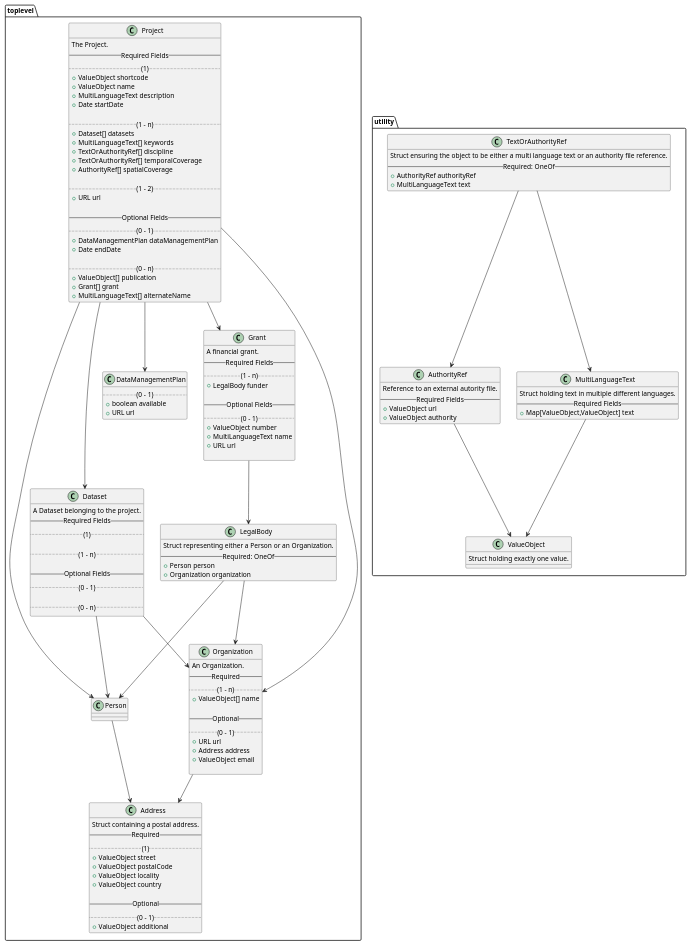
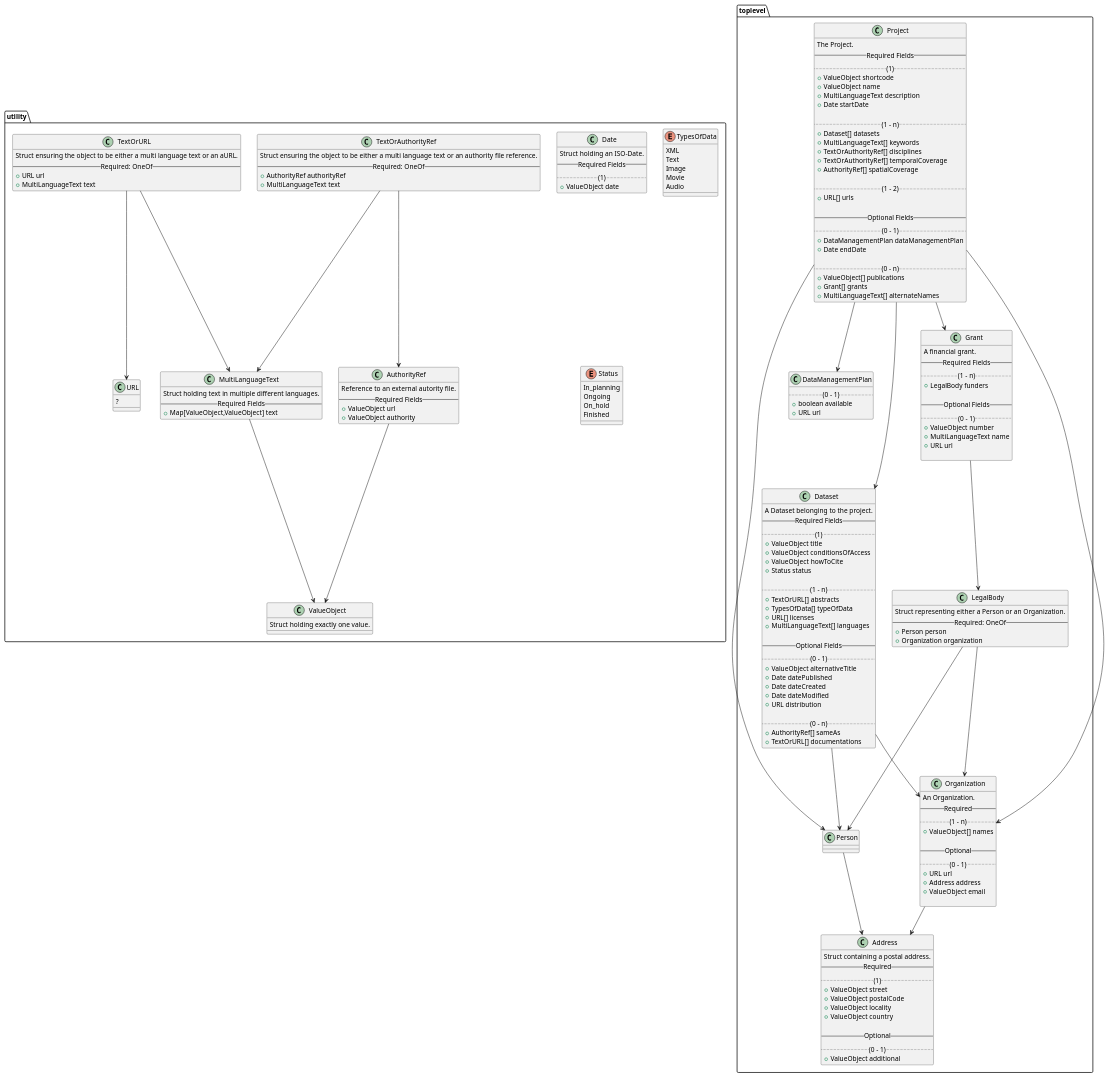
One commit to dasch-swiss/dasch-service-platform changed the diagram in docs/services/metadata/domain-entities.puml. Above: the diagram before and after it, drawn with PlantUML. The commit also changed 2 other files, not shown here.

Commit message:
doc(metadata): domain entities for type dataset

```diff
--- a/docs/services/metadata/domain-entities.puml
+++ b/docs/services/metadata/domain-entities.puml
@@ -13,12 +13,12 @@
     .. (1 - n) ..
     +Dataset[] datasets
     +MultiLanguageText[] keywords
-    +TextOrAuthorityRef[] discipline
+    +TextOrAuthorityRef[] disciplines
     +TextOrAuthorityRef[] temporalCoverage
     +AuthorityRef[] spatialCoverage
 
     .. (1 - 2) ..
-    +URL url
+    +URL[] urls
     ' TODO: do we want URL?
 
     -- Optional Fields --
@@ -27,9 +27,9 @@
     +Date endDate
 
     .. (0 - n) ..
-    +ValueObject[] publication
-    +Grant[] grant
-    +MultiLanguageText[] alternateName
+    +ValueObject[] publications
+    +Grant[] grants
+    +MultiLanguageText[] alternateNames
   }
 
   class Dataset {
@@ -37,13 +37,29 @@
     ' TODO
     -- Required Fields --
     .. (1) ..
+    +ValueObject title
+    +ValueObject conditionsOfAccess
+    +ValueObject howToCite
+    +Status status
 
     .. (1 - n) ..
+    +TextOrURL[] abstracts
+    +TypesOfData[] typeOfData
+    +URL[] licenses
+    +MultiLanguageText[] languages
 
     -- Optional Fields --
     .. (0 - 1) ..
+    +ValueObject alternativeTitle
+    +Date datePublished
+    +Date dateCreated
+    +Date dateModified
+    +URL distribution
+    'TODO: do we need distribution?
 
     .. (0 - n) ..
+    +AuthorityRef[] sameAs
+    +TextOrURL[] documentations
   }
 
   class DataManagementPlan {
@@ -57,7 +73,7 @@
     A financial grant.
     -- Required Fields --
     .. (1 - n) ..
-    +LegalBody funder
+    +LegalBody funders
 
     -- Optional Fields --
     .. (0 - 1) ..
@@ -83,7 +99,7 @@
     An Organization.
     -- Required --
     .. (1 - n) ..
-    + ValueObject[] name
+    + ValueObject[] names
     ' TODO: Or would that be Multilanguage?
 
     -- Optional --
@@ -123,10 +139,19 @@
     +MultiLanguageText text
   }
 
+  class TextOrURL {
+    ' TODO: find better name
+    Struct ensuring the object to be either a multi language text or an aURL.
+    -- Required: OneOf --
+    +URL url
+    +MultiLanguageText text
+  }
+
   class AuthorityRef {
     Reference to an external autority file.
     -- Required Fields --
     +ValueObject url
+    ' TODO: would that be an URL?
     +ValueObject authority
   }
 
@@ -138,6 +163,35 @@
 
   class ValueObject {
     Struct holding exactly one value.
+  }
+
+  class URL {
+    ' TODO: how do we handle this?
+    ?
+  }
+
+  class Date {
+    Struct holding an ISO-Date.
+    -- Required Fields --
+    .. (1) ..
+    +ValueObject date
+  }
+  
+
+  enum TypesOfData {
+    XML
+    Text
+    Image
+    Movie
+    'TODO: should be "video"!
+    Audio
+  }
+
+  enum Status {
+    In_planning
+    Ongoing
+    On_hold
+    Finished
   }
 
 }
@@ -157,6 +211,8 @@
 Organization --> Address
 TextOrAuthorityRef --> MultiLanguageText
 TextOrAuthorityRef --> AuthorityRef
+TextOrURL --> URL
+TextOrURL --> MultiLanguageText
 AuthorityRef --> ValueObject
 MultiLanguageText --> ValueObject
 
```
